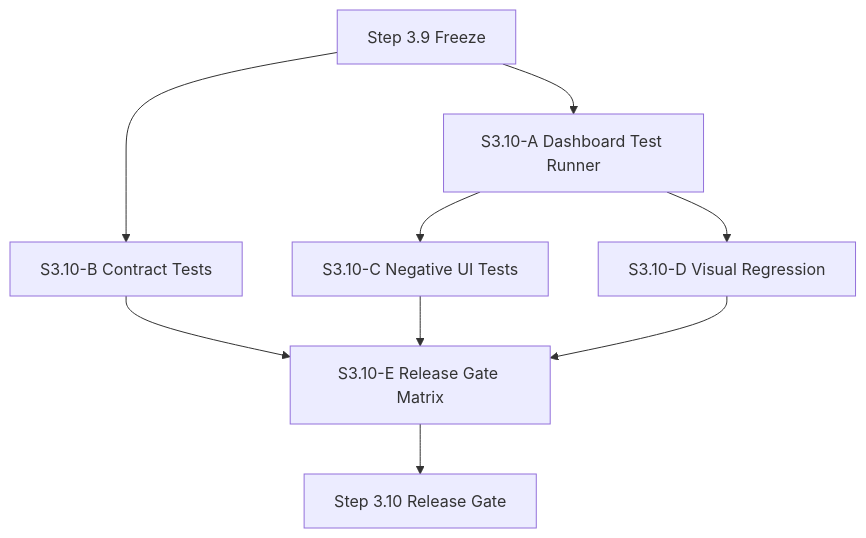
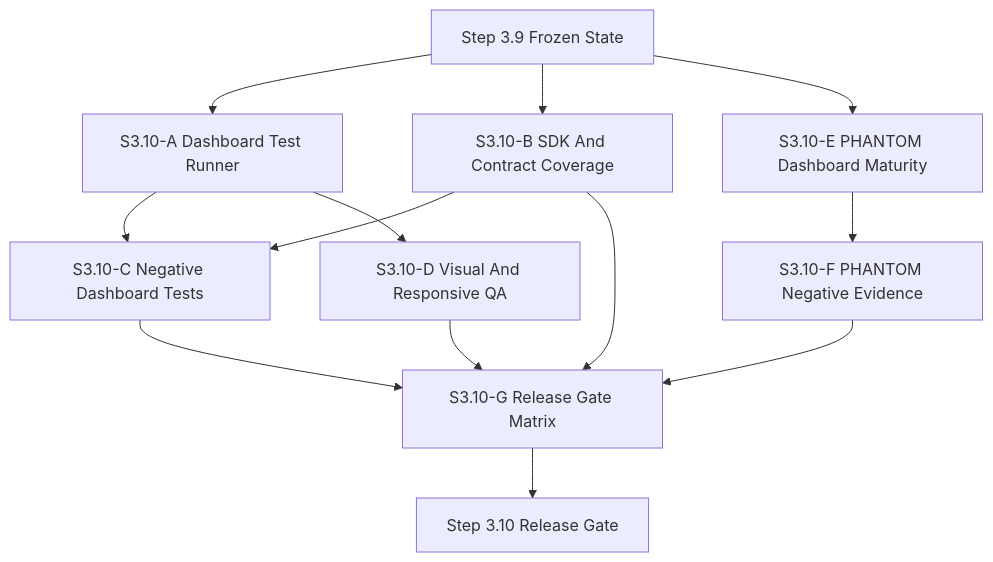
One commit to officemexel-hash/sylion_secure changed the diagram in docs/admin-panel-v2/45-step3-10-masterplan.md. Above: the diagram before and after it, drawn with Mermaid. The commit also changed other lines of this file and 9 other files, not shown here.

Commit message:
Freeze Step 3.9 and plan Step 3.10 Phantom sprint

````diff
--- a/docs/admin-panel-v2/45-step3-10-masterplan.md
+++ b/docs/admin-panel-v2/45-step3-10-masterplan.md
@@ -93,19 +207,25 @@
 ```mermaid
 flowchart TD
-    Freeze["Step 3.9 Freeze"]
+    Freeze["Step 3.9 Frozen State"]
     A["S3.10-A Dashboard Test Runner"]
-    B["S3.10-B Contract Tests"]
-    C["S3.10-C Negative UI Tests"]
-    D["S3.10-D Visual Regression"]
-    E["S3.10-E Release Gate Matrix"]
+    B["S3.10-B SDK And Contract Coverage"]
+    C["S3.10-C Negative Dashboard Tests"]
+    D["S3.10-D Visual And Responsive QA"]
+    E["S3.10-E PHANTOM Dashboard Maturity"]
+    F["S3.10-F PHANTOM Negative Evidence"]
+    G["S3.10-G Release Gate Matrix"]
     Release["Step 3.10 Release Gate"]
 
     Freeze --> A
     Freeze --> B
+    Freeze --> E
     A --> C
     A --> D
-    B --> E
-    C --> E
-    D --> E
-    E --> Release
+    B --> C
+    E --> F
+    C --> G
+    D --> G
+    F --> G
+    B --> G
+    G --> Release
 ```
````
